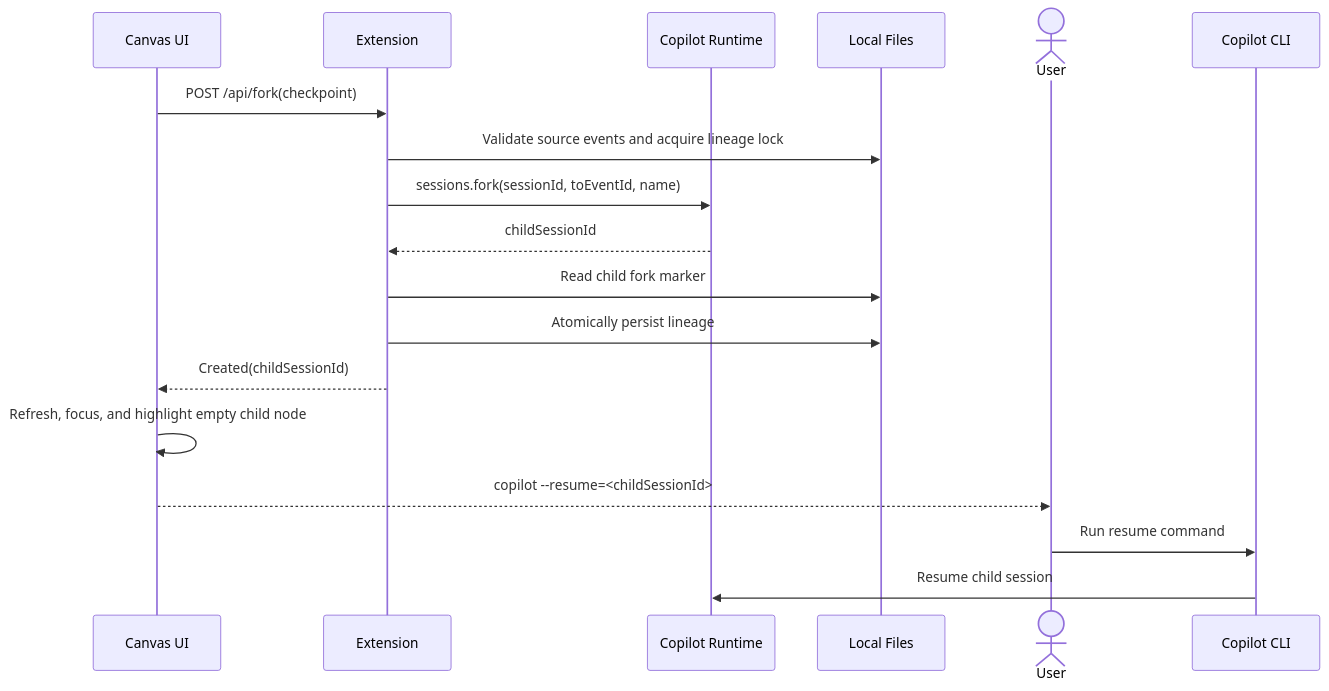
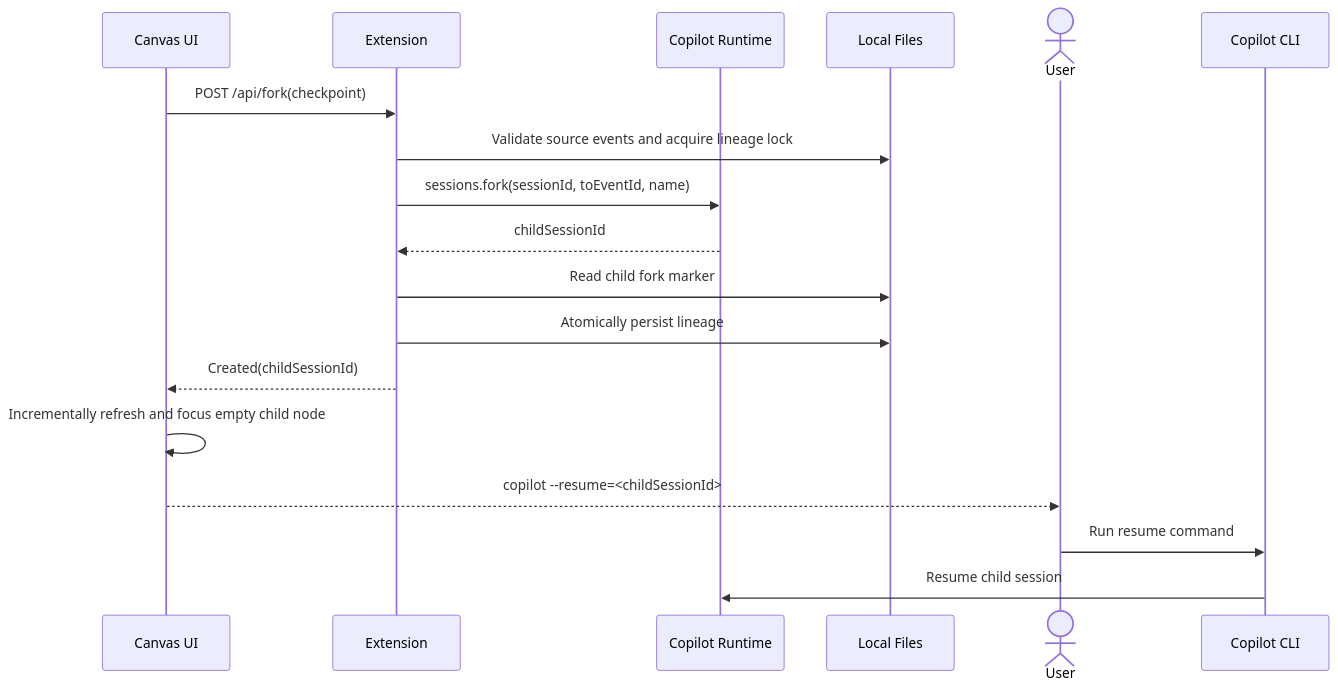
The second of 2 diagrams in SPEC.md (jdneo/copilot-chat-map), drawn with Mermaid before and after one commit. The commit also changed other lines of this file and 4 other files, not shown here.

````diff
--- a/SPEC.md
+++ b/SPEC.md
@@ -308,21 +308,21 @@
 ```mermaid
 sequenceDiagram
     participant UI as Canvas UI
     participant EX as Extension
     participant RT as Copilot Runtime
     participant FS as Local Files
     actor USER as User
     participant CLI as Copilot CLI
 
     UI->>EX: POST /api/fork(checkpoint)
     EX->>FS: Validate source events and acquire lineage lock
     EX->>RT: sessions.fork(sessionId, toEventId, name)
     RT-->>EX: childSessionId
     EX->>FS: Read child fork marker
     EX->>FS: Atomically persist lineage
     EX-->>UI: Created(childSessionId)
-    UI->>UI: Refresh, focus, and highlight empty child node
+    UI->>UI: Incrementally refresh and focus empty child node
     UI-->>USER: copilot --resume=<childSessionId>
     USER->>CLI: Run resume command
     CLI->>RT: Resume child session
 ```
````
